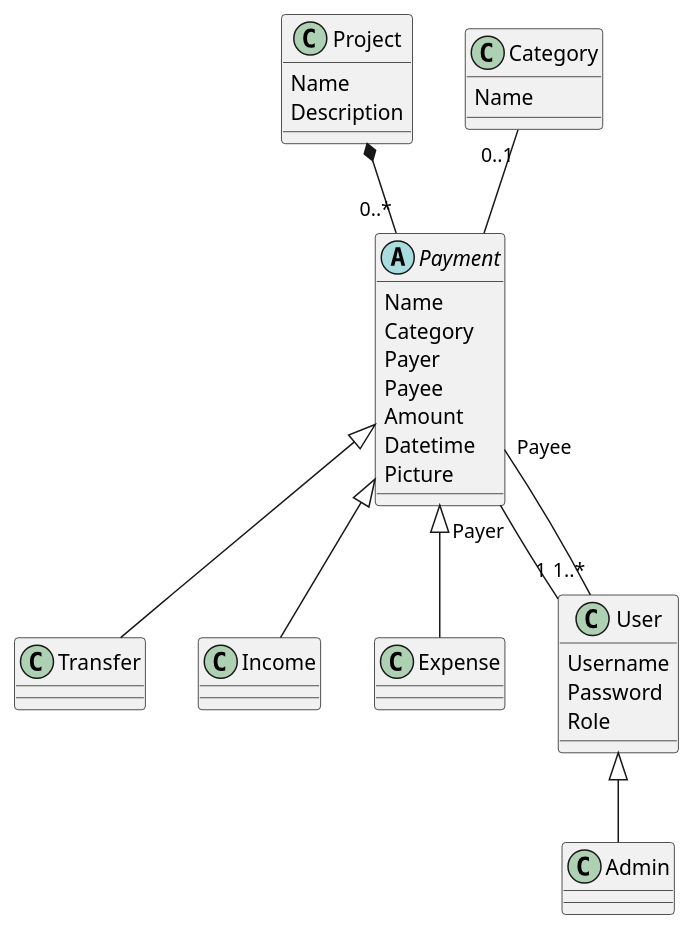
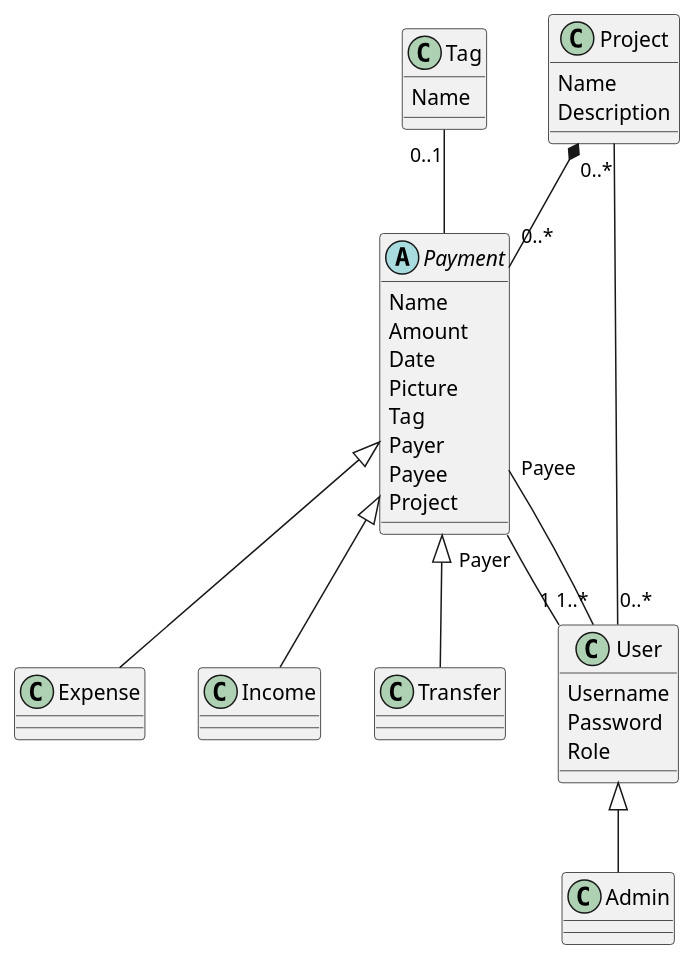
Before and after one commit to gmedina-de/Bilance: the diagram in model/model.puml, drawn with PlantUML. The commit also changed 3 other files, not shown here.

```diff
--- a/model/model.puml
+++ b/model/model.puml
@@ -1,58 +1,55 @@
 @startuml
 'https://plantuml.com/class-diagram
 
 abstract class Payment {
-    Name
-    Category
-    Payer
-    Payee
-    Amount
-    Datetime
-    Picture
+	Name
+	Amount
+	Date
+	Picture
+	Tag
+	Payer
+	Payee
+	Project
 }
-
+class Expense {
+}
+class Income {
+}
 class Transfer {
 }
 
-class Income {
-}
-
-class Expense {
+class Tag {
+    Name
 }
 
 class Project {
     Name
     Description
 }
 
-class Category {
-}
-
 class User {
     Username
     Password
     Role
 }
-
 class Admin {
 }
 
 
-class Category {
-    Name
-}
+
 
 Payment <|-- Transfer
 Payment <|-- Income
 Payment <|-- Expense
 
 User <|-- Admin
 
 Project *-- "0..*" Payment
-Category "0..1" -- Payment
+Project "0..*" -- "0..*" User
+Tag "0..1" -- Payment
 
 
 Payment "Payer" -- "1" User
 Payment "Payee" -- "1..*" User
 
 @enduml
```
